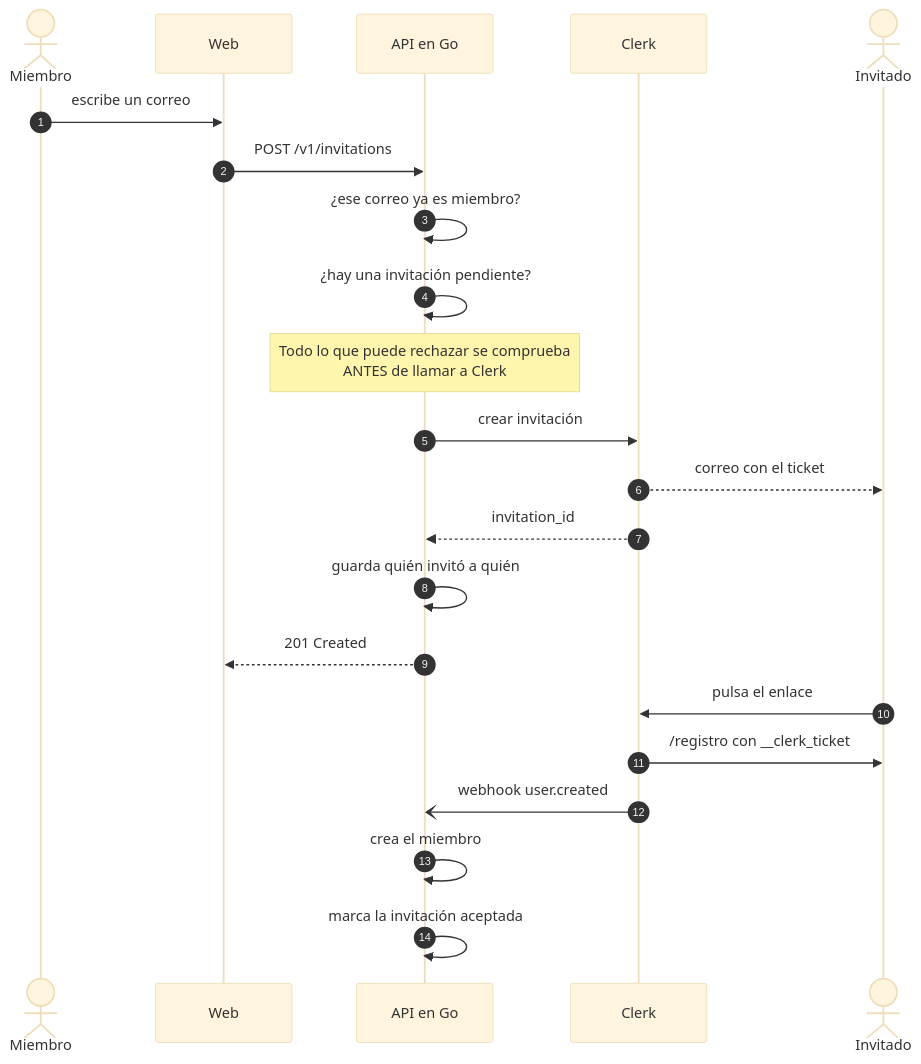
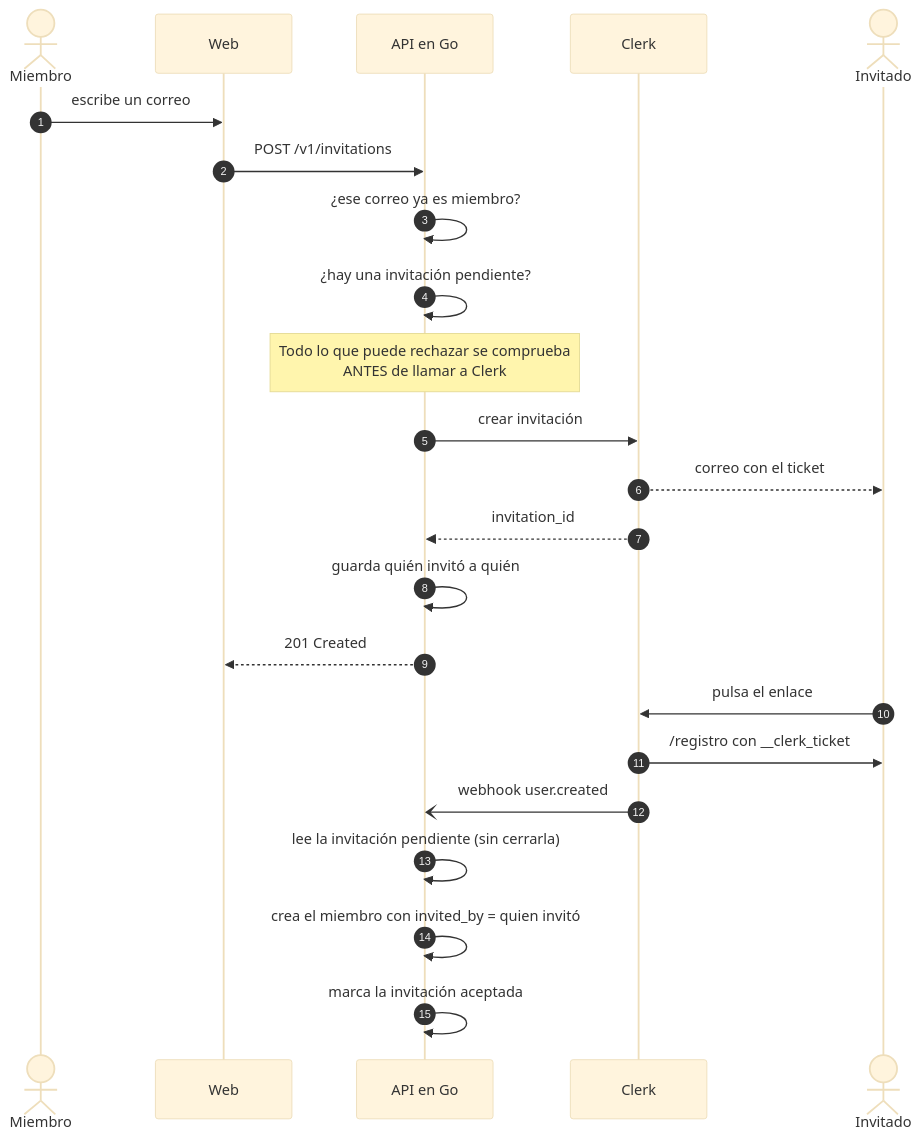
Before and after one commit to alvaroofernaandez/freak-hub: the diagram in docs/auth.md, drawn with Mermaid (base theme). The commit also changed other lines of this file and 1 other file, not shown here.

````diff
--- a/docs/auth.md
+++ b/docs/auth.md
@@ -76,25 +76,26 @@
 ```mermaid
 sequenceDiagram
     autonumber
     actor M as Miembro
     participant W as Web
     participant A as API en Go
     participant C as Clerk
     actor I as Invitado
 
     M->>W: escribe un correo
     W->>A: POST /v1/invitations
     A->>A: ¿ese correo ya es miembro?
     A->>A: ¿hay una invitación pendiente?
     Note over A: Todo lo que puede rechazar se comprueba<br/>ANTES de llamar a Clerk
     A->>C: crear invitación
     C-->>I: correo con el ticket
     C-->>A: invitation_id
     A->>A: guarda quién invitó a quién
     A-->>W: 201 Created
     I->>C: pulsa el enlace
     C->>I: /registro con __clerk_ticket
     C-)A: webhook user.created
-    A->>A: crea el miembro
+    A->>A: lee la invitación pendiente (sin cerrarla)
+    A->>A: crea el miembro con invited_by = quien invitó
     A->>A: marca la invitación aceptada
 ```
````
